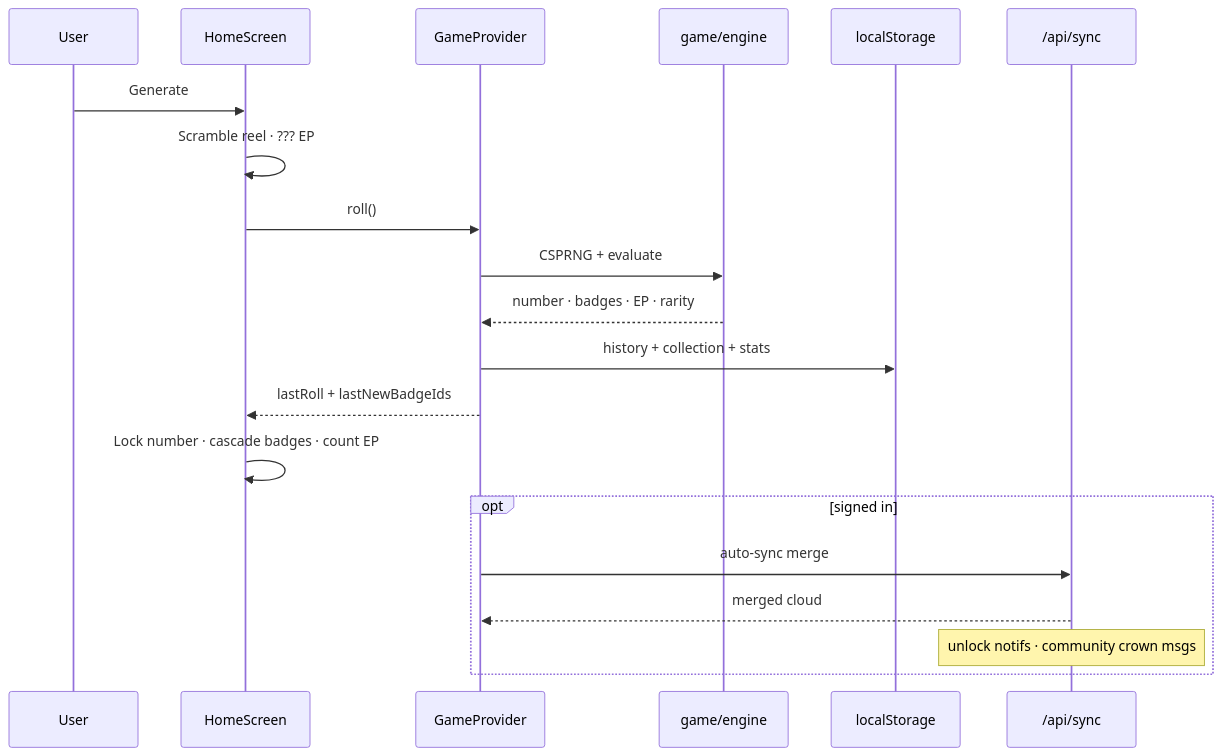
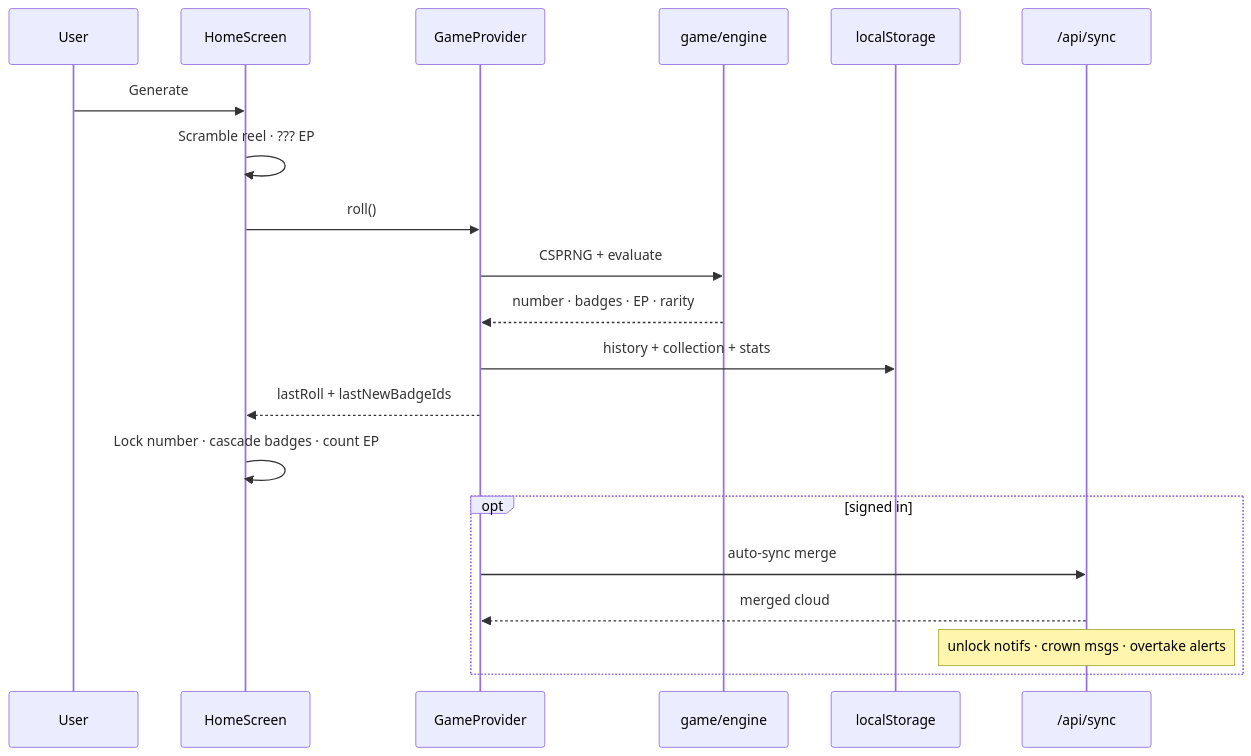
The second of 4 diagrams in docs/ARCHITECTURE.md (jondmarien/rngdle-unlocked), drawn with Mermaid before and after one commit. The commit also changed 25 other files, not shown here.

First line of the commit message:
feat: overtake alerts, rarity top% curve, Absolute Ceiling jackpot

````diff
--- a/docs/ARCHITECTURE.md
+++ b/docs/ARCHITECTURE.md
@@ -33,23 +33,23 @@
 ```mermaid
 sequenceDiagram
   participant U as User
   participant H as HomeScreen
   participant G as GameProvider
   participant E as game/engine
   participant S as localStorage
   participant C as /api/sync
 
   U->>H: Generate
   H->>H: Scramble reel · ??? EP
   H->>G: roll()
   G->>E: CSPRNG + evaluate
   E-->>G: number · badges · EP · rarity
   G->>S: history + collection + stats
   G-->>H: lastRoll + lastNewBadgeIds
   H->>H: Lock number · cascade badges · count EP
   opt signed in
     G->>C: auto-sync merge
     C-->>G: merged cloud
-    Note over C: unlock notifs · community crown msgs
+    Note over C: unlock notifs · crown msgs · overtake alerts
   end
 ```
````
